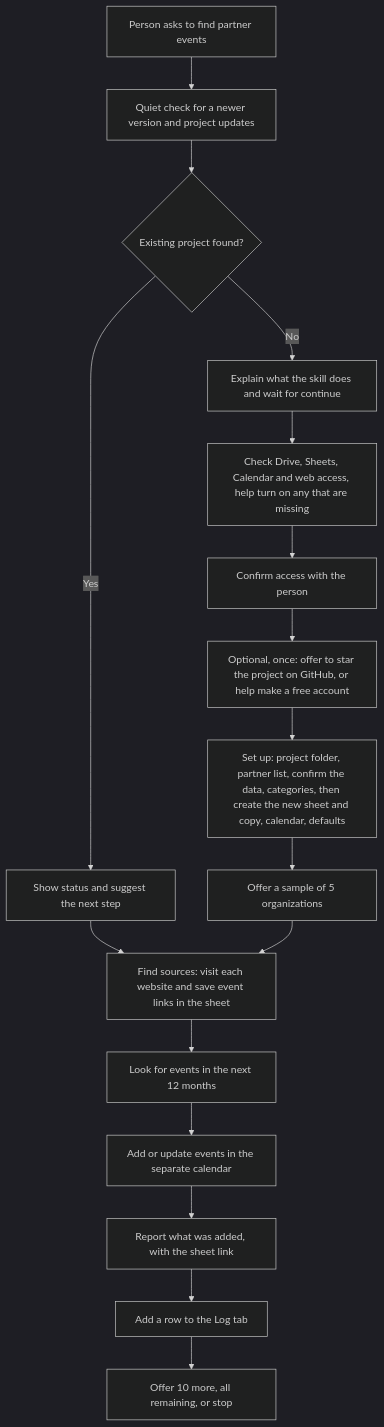
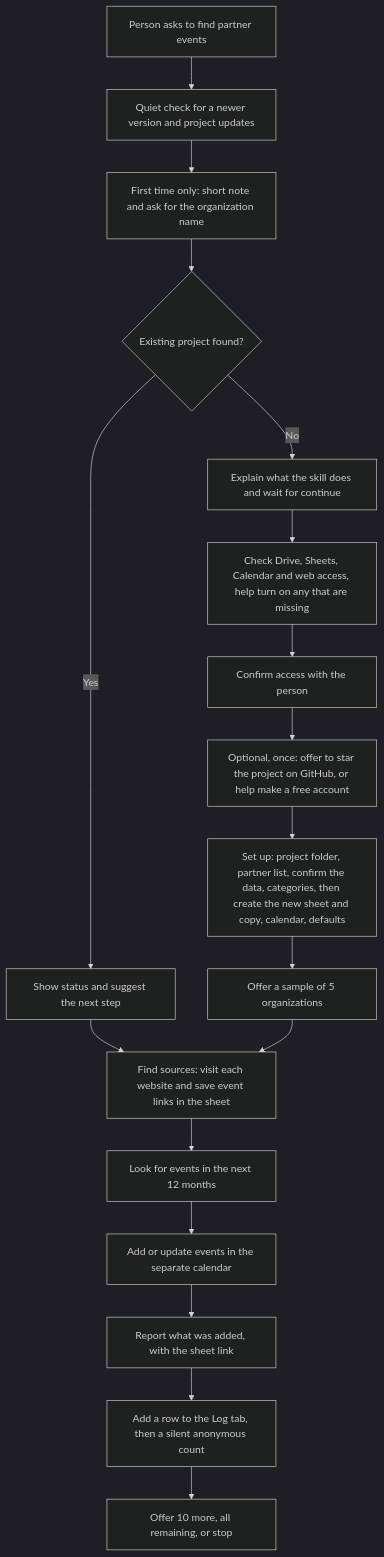
Before and after one commit to tejitpabari99/tejit-non-profit-mkt: the diagram in docs/skills/partner-event-finder.md, drawn with Mermaid (dark theme). The commit also changed other lines of this file and 24 other files, not shown here.

````diff
--- a/docs/skills/partner-event-finder.md
+++ b/docs/skills/partner-event-finder.md
@@ -11,19 +11,20 @@
 ```mermaid
 flowchart TD
     A["Person asks to find partner events"] --> B["Quiet check for a newer version and project updates"]
-    B --> C{"Existing project found?"}
+    B --> B2["First time only: short note and ask for the organization name"]
+    B2 --> C{"Existing project found?"}
     C -- No --> D["Explain what the skill does and wait for continue"]
     D --> E["Check Drive, Sheets, Calendar and web access, help turn on any that are missing"]
     E --> F["Confirm access with the person"]
     F --> F2["Optional, once: offer to star the project on GitHub, or help make a free account"]
     F2 --> G["Set up: project folder, partner list, confirm the data, categories, then create the new sheet and copy, calendar, defaults"]
     G --> H["Offer a sample of 5 organizations"]
     C -- Yes --> I["Show status and suggest the next step"]
     I --> J
     H --> J["Find sources: visit each website and save event links in the sheet"]
     J --> K["Look for events in the next 12 months"]
     K --> M["Add or update events in the separate calendar"]
     M --> O["Report what was added, with the sheet link"]
-    O --> P["Add a row to the Log tab"]
+    O --> P["Add a row to the Log tab, then a silent anonymous count"]
     P --> Q["Offer 10 more, all remaining, or stop"]
 ```
````
